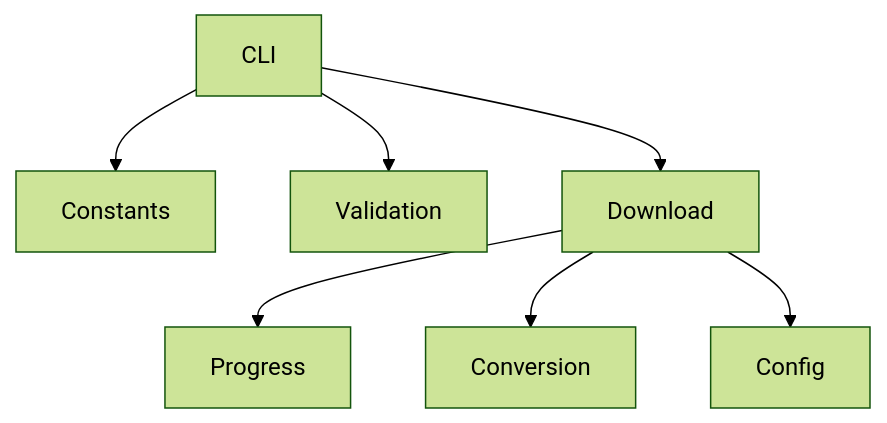
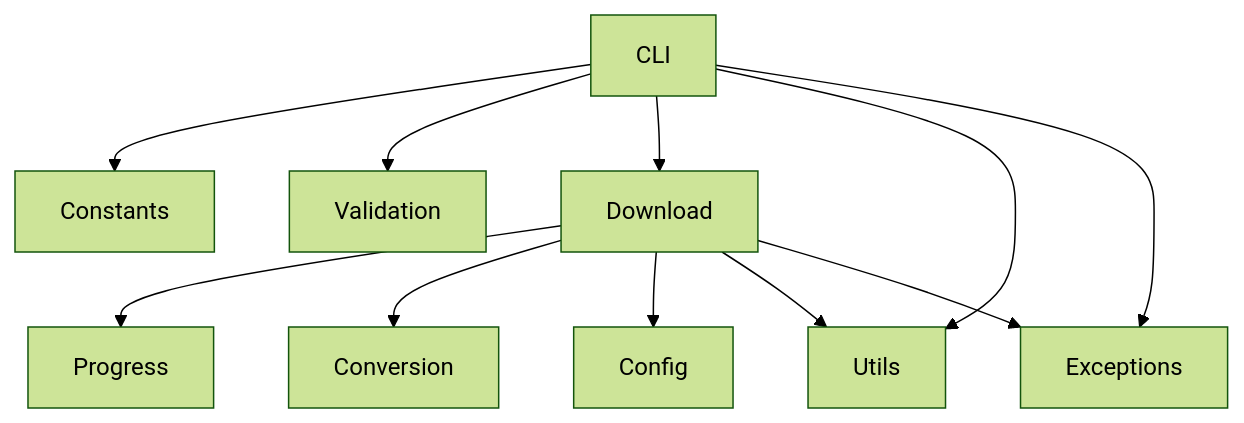
The diagram in AGENTS.md (Fr3doo/Program_Youtube_Downloader), drawn with Mermaid (forest theme) before and after one commit. The commit also changed other lines of this file and 2 other files, not shown here.

````diff
--- a/AGENTS.md
+++ b/AGENTS.md
@@ -112,9 +135,13 @@
 ```mermaid
 graph TD
     CLI --> Constants
     CLI --> Validation
     CLI --> Download
     Download --> Progress
     Download --> Conversion
     Download --> Config
+    CLI --> Utils
+    Download --> Utils
+    CLI --> Exceptions
+    Download --> Exceptions
 ```
````
